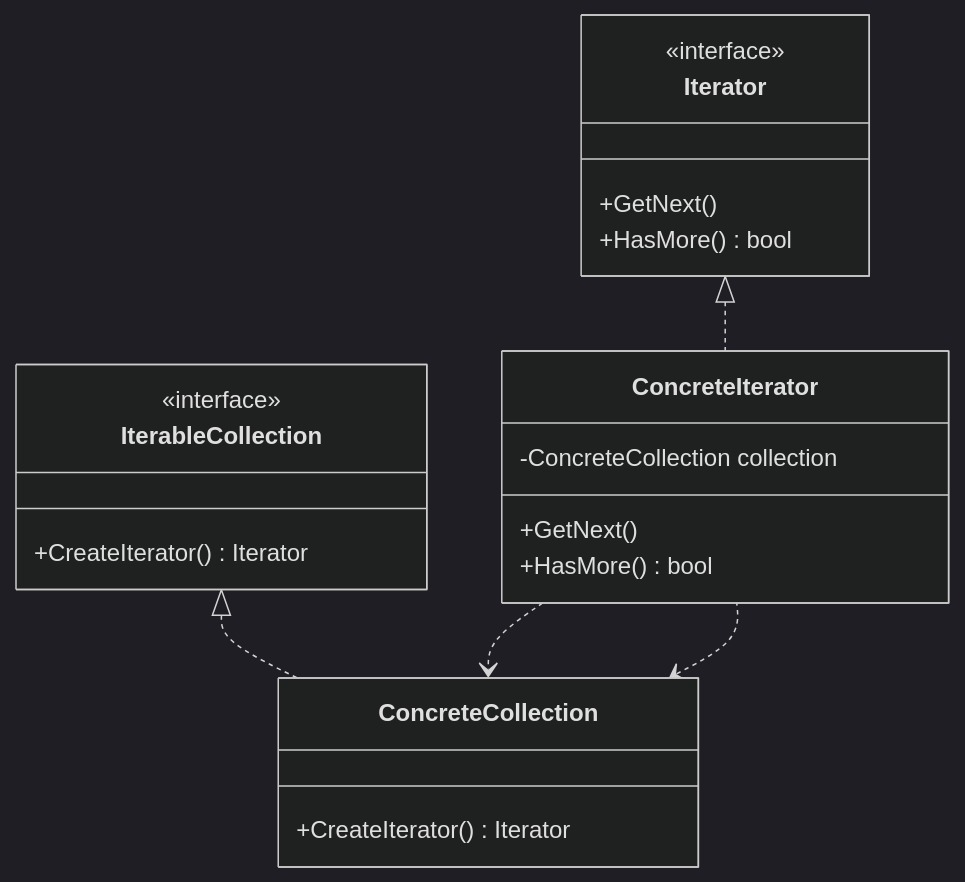
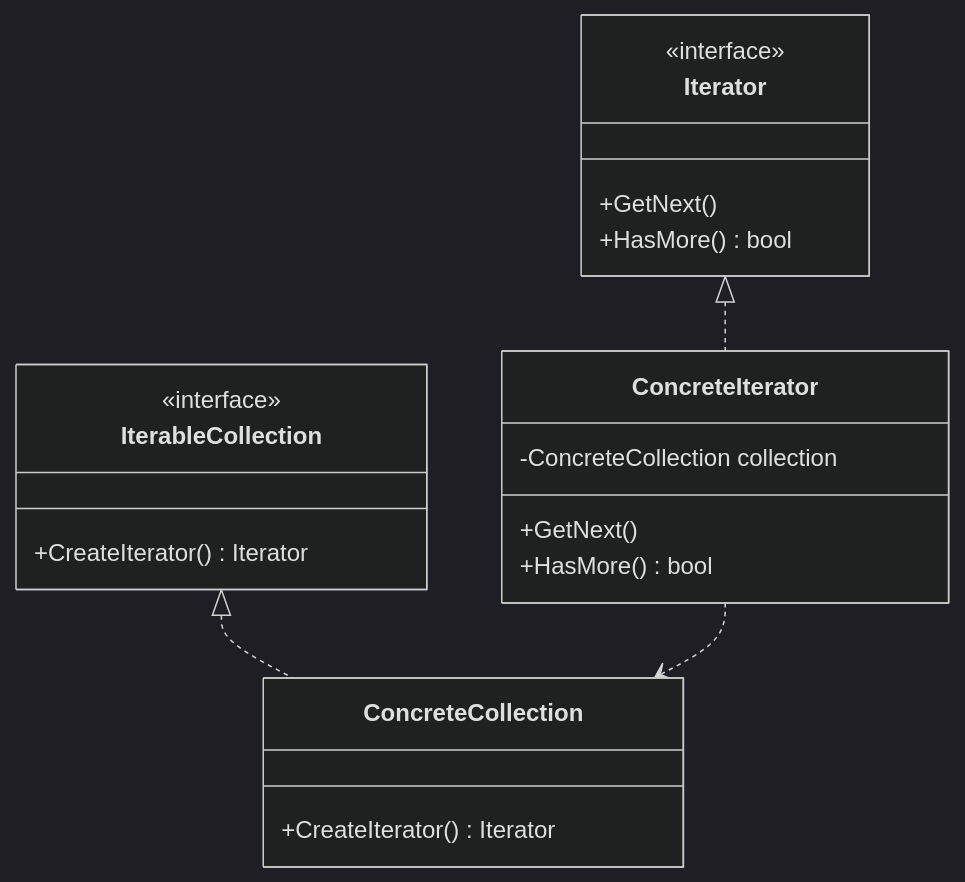
Before and after one commit to manaxpow/DBMS: diagram 16 of 24 in docs/design-patterns/database-object/README.md, drawn with Mermaid (dark theme). The commit also changed 18 other files, not shown here.

````diff
--- a/docs/design-patterns/database-object/README.md
+++ b/docs/design-patterns/database-object/README.md
@@ -766,24 +766,23 @@
 ```mermaid
 classDiagram
     class Iterator {
         <<interface>>
         +GetNext()
         +HasMore() bool
     }
     class IterableCollection {
         <<interface>>
         +CreateIterator() Iterator
     }
     class ConcreteIterator {
         -ConcreteCollection collection
         +GetNext()
         +HasMore() bool
     }
     class ConcreteCollection {
         +CreateIterator() Iterator
     }
     Iterator <|.. ConcreteIterator
     IterableCollection <|.. ConcreteCollection
-    ConcreteCollection <.. ConcreteIterator
     ConcreteIterator ..> ConcreteCollection
 ```
````
